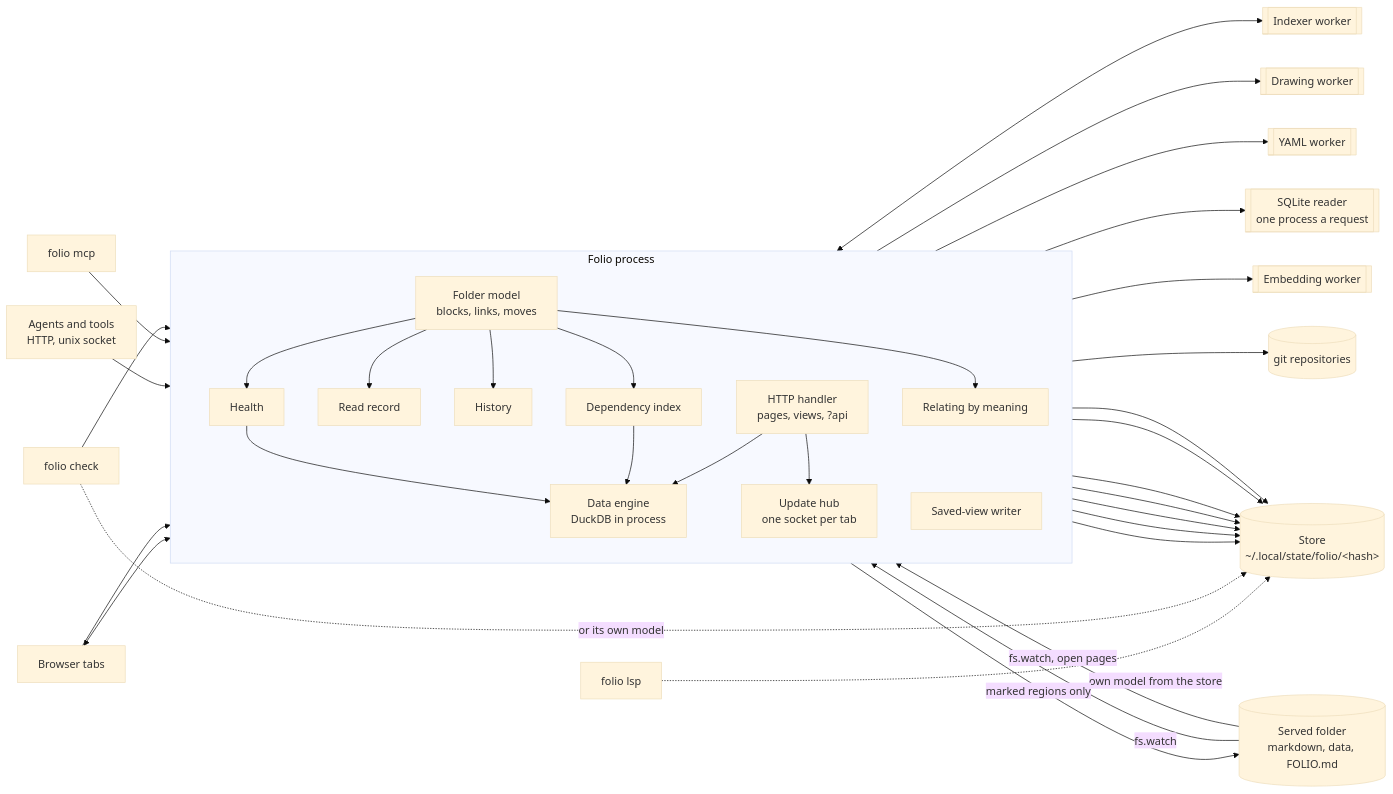
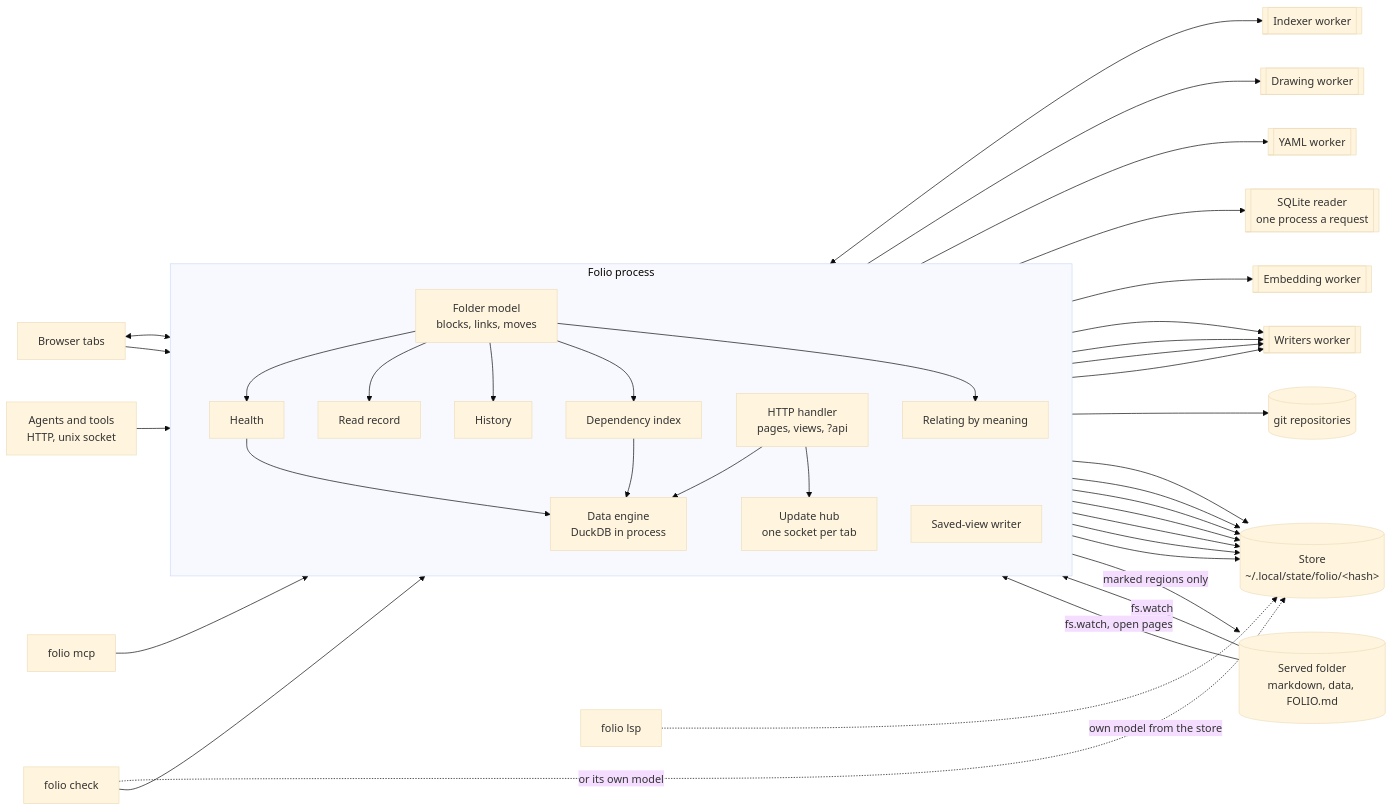
The first of 4 diagrams in docs/architecture.md (jakubro/folio), drawn with Mermaid (base theme) before and after one commit. The commit also changed other lines of this file and 125 other files, not shown here.

````diff
--- a/docs/architecture.md
+++ b/docs/architecture.md
@@ -7,47 +7,49 @@
 ```mermaid
 flowchart LR
   F[("Served folder<br/>markdown, data, FOLIO.md")]
   G[("git repositories")]
   ST[("Store<br/>~/.local/state/folio/&lt;hash&gt;")]
 
   subgraph P["Folio process"]
     direction TB
     HTTP["HTTP handler<br/>pages, views, ?api"]
     HUB["Update hub<br/>one socket per tab"]
     M["Folder model<br/>blocks, links, moves"]
     R["Read record"]
     HI["History"]
     HE["Health"]
     IM["Dependency index"]
     D["Data engine<br/>DuckDB in process"]
     SV["Saved-view writer"]
     RB["Relating by meaning"]
   end
 
   IW[["Indexer worker"]]
   DW[["Drawing worker"]]
   YW[["YAML worker"]]
   SQ[["SQLite reader<br/>one process a request"]]
   EW[["Embedding worker"]]
+  WW[["Writers worker"]]
 
   F -- fs.watch --> M
   F -- fs.watch, open pages --> HUB
   M <--> IW
   M --> R & HI & HE & IM & RB
   HE --> DW
   D --> YW & SQ
   RB --> EW
+  HTTP & M & HI & SV --> WW
   HE & IM & HTTP --> D
   HI --> G
   M & R & HI & HE & D & SV & RB --> ST
   SV -- marked regions only --> F
   HTTP --> HUB
 
   T["Browser tabs"] <--> HUB
   T --> HTTP
   A["Agents and tools<br/>HTTP, unix socket"] --> HTTP
   MCP["folio mcp"] --> HTTP
   LSP["folio lsp"] -. own model from the store .-> ST
   CHK["folio check"] --> HTTP
   CHK -. or its own model .-> ST
 ```
````
